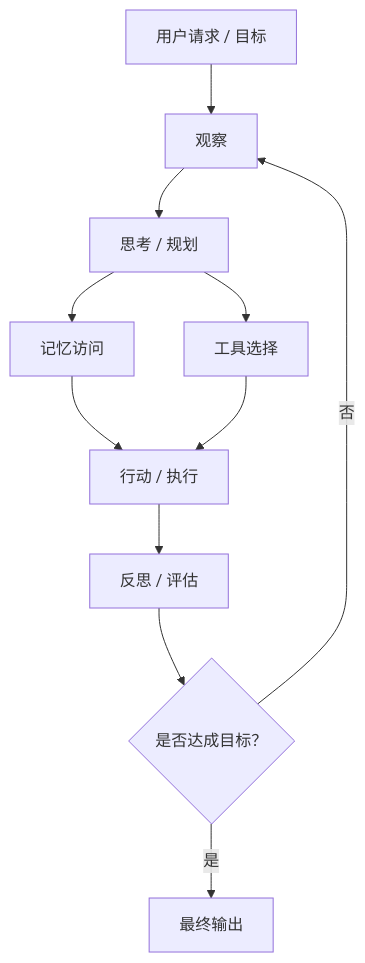
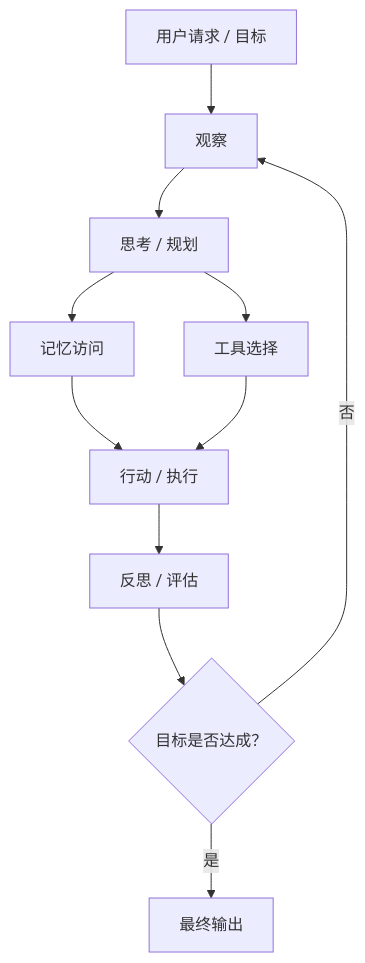
One commit to Prompthon-IO/agent-systems-handbook changed the diagram in zh-Hans/foundations/agent-systems/what-is-agent.mdx. Above: the diagram before and after it, drawn with Mermaid. The commit also changed other lines of this file and 8 other files, not shown here.

````diff
--- a/zh-Hans/foundations/agent-systems/what-is-agent.mdx
+++ b/zh-Hans/foundations/agent-systems/what-is-agent.mdx
@@ -83,19 +81,19 @@
 ```mermaid
 flowchart TD
     Start["用户请求 / 目标"] --> Observe["观察"]
 
     Observe --> Think["思考 / 规划"]
 
     Think --> Memory["记忆访问"]
     Think --> Tool["工具选择"]
 
     Memory --> Act["行动 / 执行"]
     Tool --> Act
 
     Act --> Reflect["反思 / 评估"]
 
-    Reflect --> Decision{"是否达成目标？"}
+    Reflect --> Decision{"目标是否达成？"}
 
     Decision -- 否 --> Observe
     Decision -- 是 --> Output["最终输出"]
 ```
````
